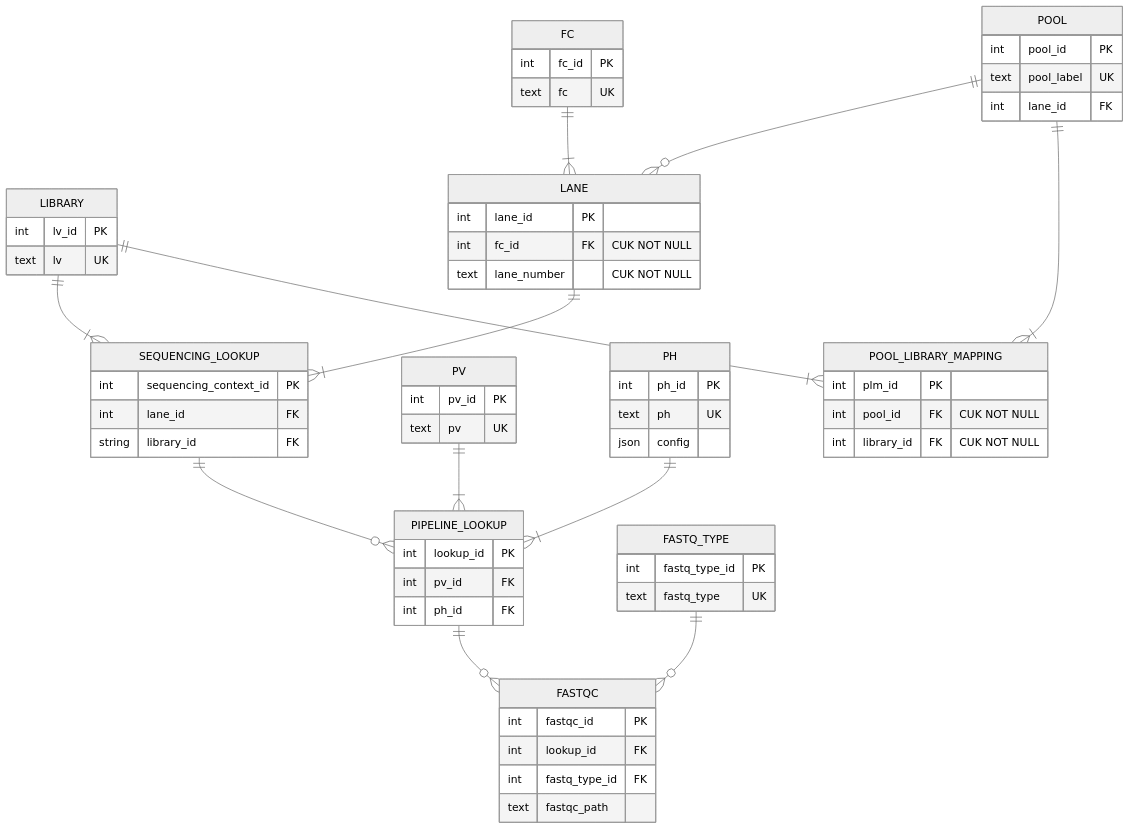
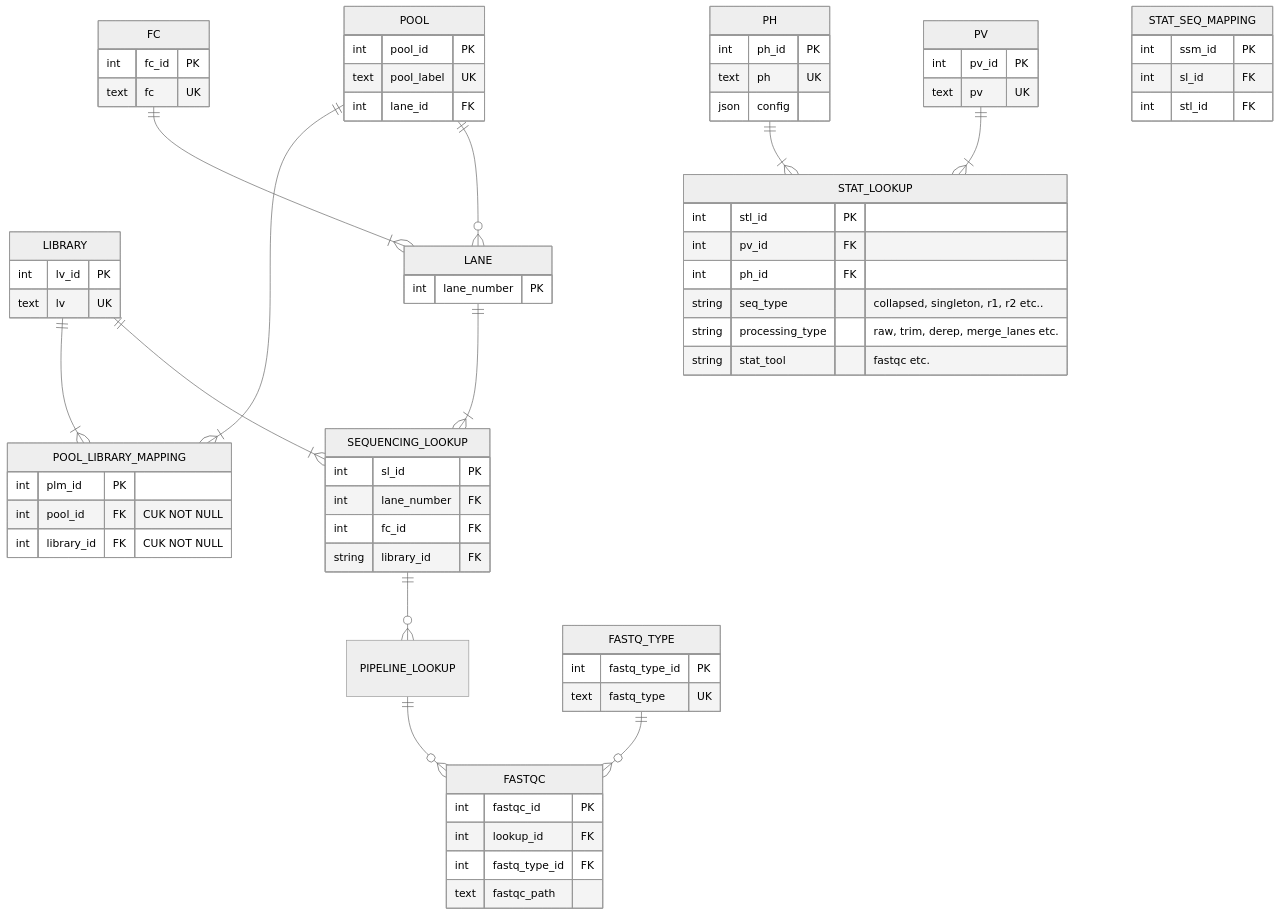
The diagram in diagrams/main diagrams/partly normalized.md (GeoGenetics/qc-parser), drawn with Mermaid (neutral theme) before and after one commit.

Commit message:
Update partly normalized.md

```diff
--- a/diagrams/main diagrams/partly normalized.md
+++ b/diagrams/main diagrams/partly normalized.md
@@ -3,8 +3,8 @@
     LIBRARY ||--|{ SEQUENCING_LOOKUP : ""
     FC ||--|{ LANE : ""
     LANE ||--|{ SEQUENCING_LOOKUP : ""
-    PV ||--|{ PIPELINE_LOOKUP : ""
-    PH ||--|{ PIPELINE_LOOKUP : ""
+    PV ||--|{ STAT_LOOKUP : ""
+    PH ||--|{ STAT_LOOKUP : ""
     POOL ||--o{ LANE : ""
     POOL ||--|{ POOL_LIBRARY_MAPPING : ""
     LIBRARY ||--|{ POOL_LIBRARY_MAPPING : ""
@@ -27,9 +27,7 @@
     }
 
     LANE {
-        int lane_id PK
-        int fc_id FK "CUK NOT NULL"
-        text lane_number "CUK NOT NULL"
+        int lane_number PK
     }
 
     POOL {
@@ -56,18 +54,27 @@
     }
 
     SEQUENCING_LOOKUP {
-int sequencing_context_id PK
-int lane_id FK
-string library_id FK
-
-
+        int sl_id PK
+        int lane_number FK 
+        int fc_id FK
+        string library_id FK
 }
 
-    PIPELINE_LOOKUP {
-        int lookup_id PK
+    STAT_LOOKUP {
+        int stl_id PK
         int pv_id FK
         int ph_id FK
+        string seq_type "collapsed, singleton, r1, r2 etc.."
+        string processing_type "raw, trim, derep, merge_lanes etc."
+        string stat_tool "fastqc etc."
     }
+
+STAT_SEQ_MAPPING {
+    int ssm_id PK
+    int sl_id FK
+    int stl_id FK
+}
+
 
     FASTQ_TYPE {
         int fastq_type_id PK
```
